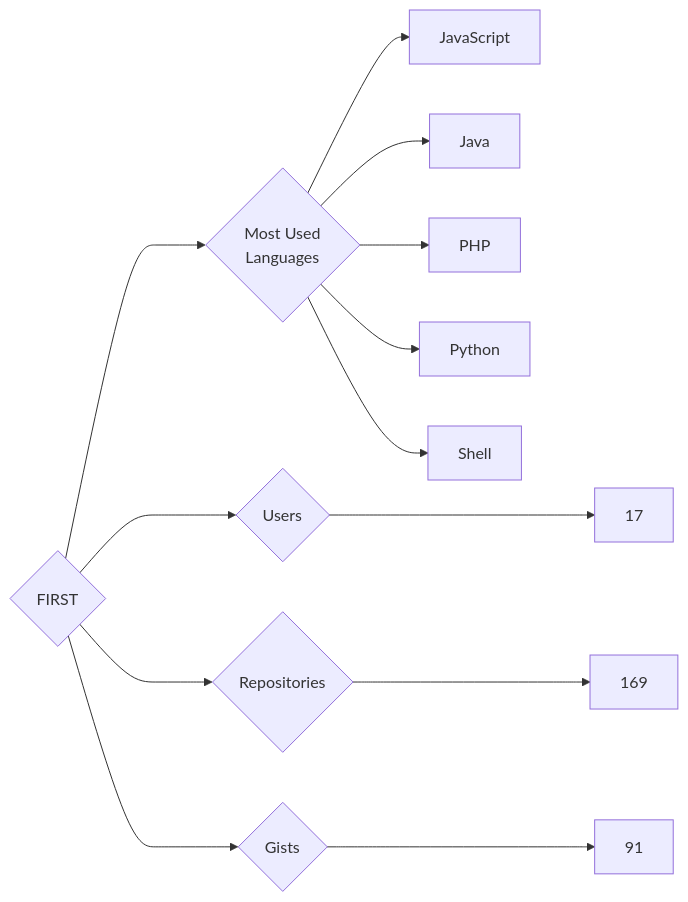
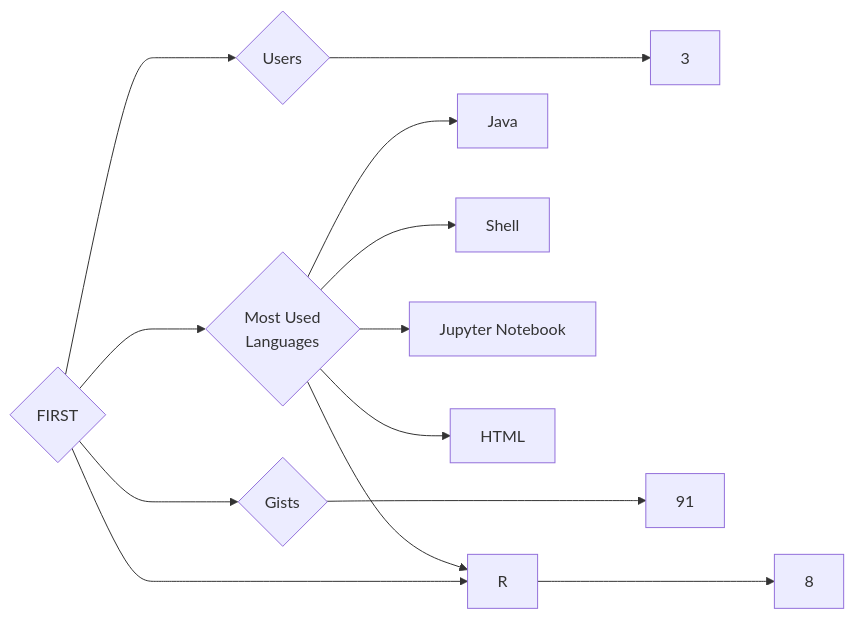
One commit to trickest/insiders changed the diagram in targets/FIRST/README.md. Above: the diagram before and after it, drawn with Mermaid. The commit also changed 882 other files, not shown here.

````diff
--- a/targets/FIRST/README.md
+++ b/targets/FIRST/README.md
@@ -3,13 +3,13 @@
 ```mermaid
 graph LR
 COMPANY_NAME{FIRST}
-COMPANY_NAME ---> U{Users} ---> UN[17]
-COMPANY_NAME ---> R{Repositories} ---> RN[169]
+COMPANY_NAME ---> U{Users} ---> UN[3]
+COMPANY_NAME ---> R{Repositories} ---> RN[8]
 COMPANY_NAME ---> G{Gists} ---> GN[91]
 COMPANY_NAME ---> ML{Most Used<br>Languages}
-ML --> JavaScript[JavaScript]
 ML --> Java[Java]
-ML --> PHP[PHP]
-ML --> Python[Python]
 ML --> Shell[Shell]
+ML --> R[R]
+ML --> Jupyter_Notebook[Jupyter Notebook]
+ML --> HTML[HTML]
 ```
````
